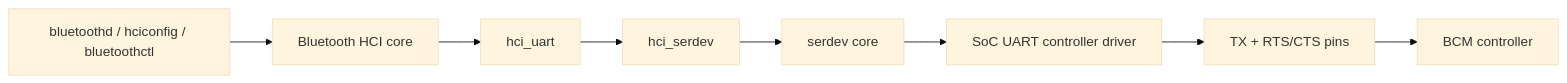
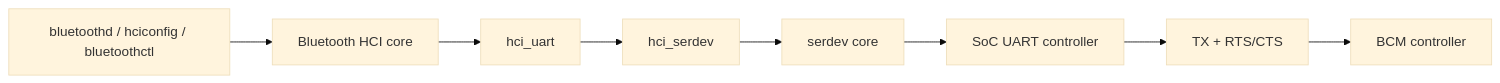
The second of 2 diagrams in 07_bcm_bluetooth_deep_suspend_resume.md (ArseneWg/dw-mmc-deep-dive), drawn with Mermaid (base theme) before and after one commit. The commit also changed other lines of this file, not shown here.

````diff
--- a/07_bcm_bluetooth_deep_suspend_resume.md
+++ b/07_bcm_bluetooth_deep_suspend_resume.md
@@ -221,10 +224,10 @@
 ```mermaid
 flowchart LR
     U[bluetoothd / hciconfig / bluetoothctl] --> C[Bluetooth HCI core]
     C --> H[hci_uart]
     H --> S[hci_serdev]
     S --> SC[serdev core]
-    SC --> D[SoC UART controller driver]
-    D --> P[TX + RTS/CTS pins]
+    SC --> D[SoC UART controller]
+    D --> P[TX + RTS/CTS]
     P --> B[BCM controller]
 ```
````
